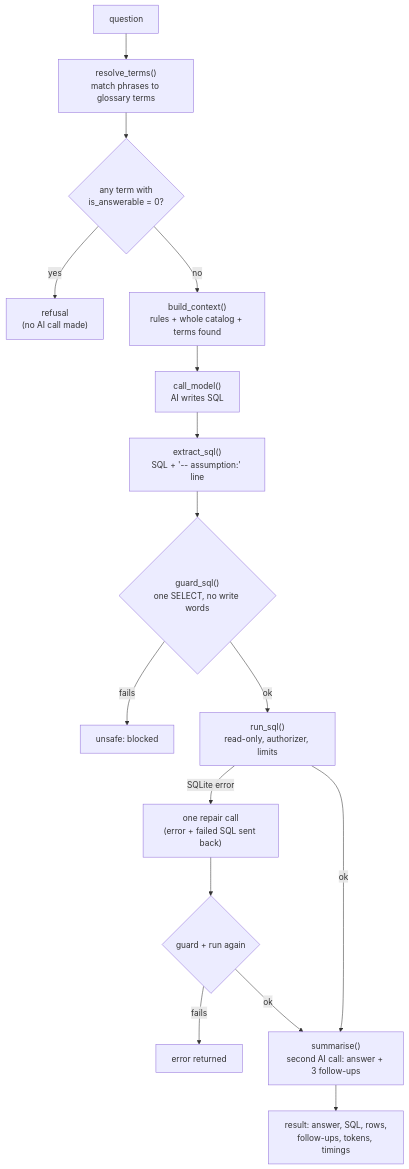
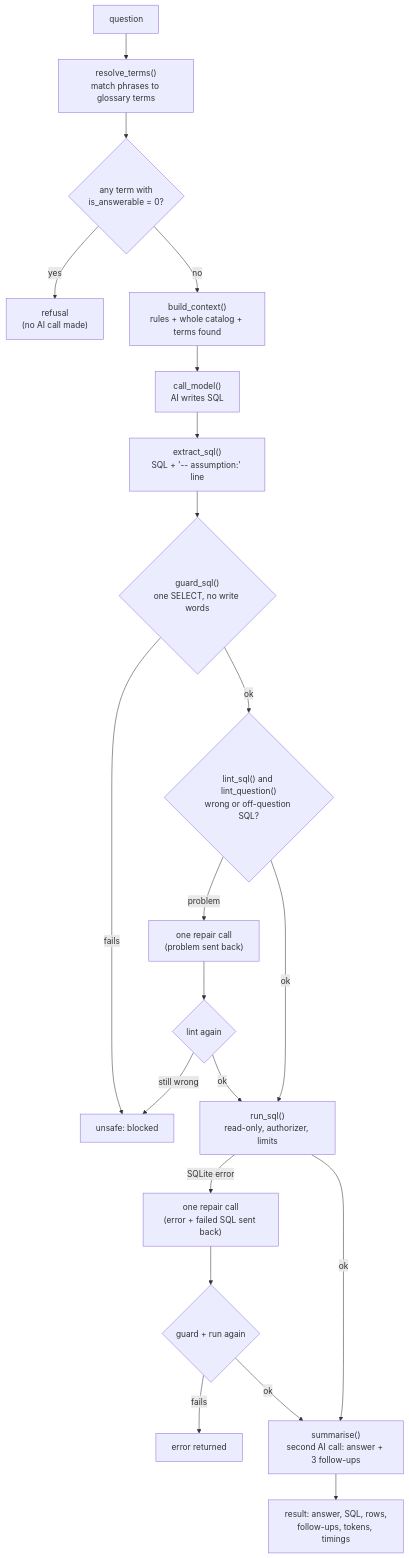
Before and after one commit to Mital-Bhalani/itsm-nl2sql-platform: the diagram in End-to-End/05-Agent.md, drawn with Mermaid. The commit also changed other lines of this file and 16 other files, not shown here.

First line of the commit message:
Catch wrong-but-valid SQL and grow the golden set from two probe rounds

````diff
--- a/End-to-End/05-Agent.md
+++ b/End-to-End/05-Agent.md
@@ -16,18 +16,23 @@
 ```mermaid
 flowchart TD
     Q["question"] --> T["resolve_terms()<br/>match phrases to glossary terms"]
     T --> R{"any term with<br/>is_answerable = 0?"}
     R -- yes --> REF["refusal<br/>(no AI call made)"]
     R -- no --> C["build_context()<br/>rules + whole catalog + terms found"]
     C --> M1["call_model()<br/>AI writes SQL"]
     M1 --> X["extract_sql()<br/>SQL + '-- assumption:' line"]
     X --> G{"guard_sql()<br/>one SELECT, no write words"}
     G -- fails --> UNS["unsafe: blocked"]
-    G -- ok --> RUN["run_sql()<br/>read-only, authorizer, limits"]
+    G -- ok --> L{"lint_sql() and lint_question()<br/>wrong or off-question SQL?"}
+    L -- problem --> LR["one repair call<br/>(problem sent back)"]
+    LR --> L2{"lint again"}
+    L2 -- still wrong --> UNS
+    L2 -- ok --> RUN
+    L -- ok --> RUN["run_sql()<br/>read-only, authorizer, limits"]
     RUN -- SQLite error --> REP["one repair call<br/>(error + failed SQL sent back)"]
     REP --> G2{"guard + run again"}
     G2 -- fails --> ERR["error returned"]
     RUN -- ok --> S["summarise()<br/>second AI call: answer + 3 follow-ups"]
     G2 -- ok --> S
     S --> OUT["result: answer, SQL, rows,<br/>follow-ups, tokens, timings"]
 ```
````
